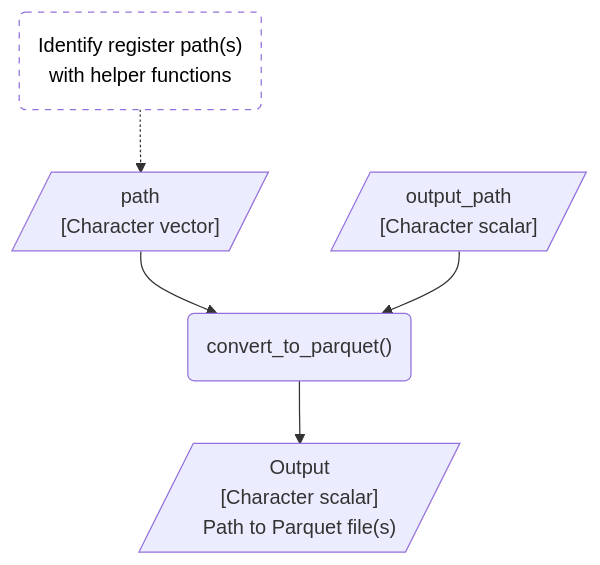
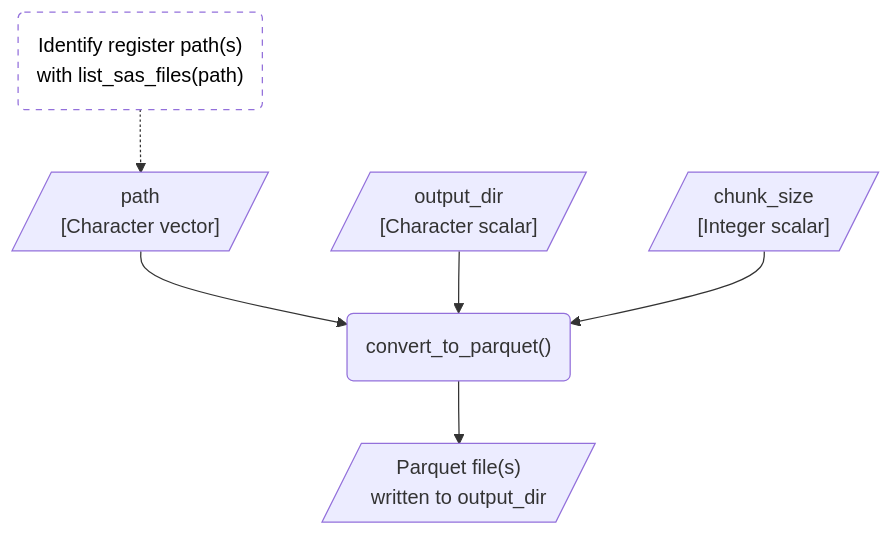
Before and after one commit to dp-next/registers2parquet: the first of 3 diagrams in vignettes/design.qmd, drawn with Mermaid. The commit also changed other lines of this file and 2 other files, not shown here.

````diff
--- a/vignettes/design.qmd
+++ b/vignettes/design.qmd
@@ -182,21 +67,21 @@
 ```{mermaid}
 %%| label: fig-flow
-%%| fig-cap: "Flow of the expected flow using the `convert_to_parquet()` package to convert register SAS files to Parquet files."
-%%| fig-alt: "A flowchart showing the expected flow of converting register SAS files to Parquet files using the fastreg package. It includes identifying paths to the relevant SAS files using the helper functions, calling the main function `convert_to_parquet()`, which then outputs the path to the written Parquet files."
+%%| fig-cap: "Expected workflow for converting SAS files from a single register using `convert_to_parquet()`."
+%%| fig-alt: "A flowchart showing the expected flow of converting register SAS files to Parquet files."
+
 flowchart TD
-
-    identify_paths("Identify register path(s)<br>with helper functions")
+    identify_paths("Identify register path(s)<br>with list_sas_files(path)")
     path[/"path<br>[Character vector]"/]
-    output_path[/"output_path<br>[Character scalar]"/]
+    output_dir[/"output_dir<br>[Character scalar]"/]
+    chunk_size[/"chunk_size<br>[Integer scalar]"/]
     convert_to_parquet("convert_to_parquet()")
-    output[/"Output<br>[Character scalar]<br>Path to Parquet file(s)"/]
-
+    output[/"Parquet file(s)<br>written to output_dir"/]
 
     %% Edges
     identify_paths -.-> path --> convert_to_parquet
-    output_path --> convert_to_parquet
+    output_dir & chunk_size --> convert_to_parquet
     convert_to_parquet --> output
 
-    %% Styling
+    %% Style
     style identify_paths fill:#FFFFFF, color:#000000, stroke-dasharray: 5 5
 ```
````
